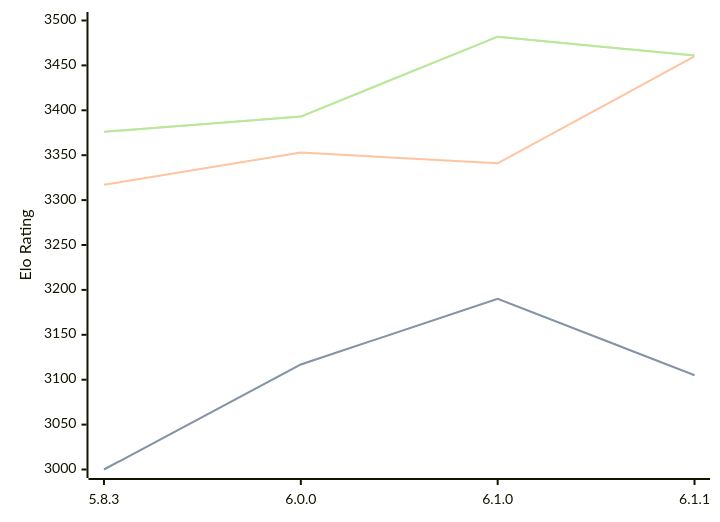
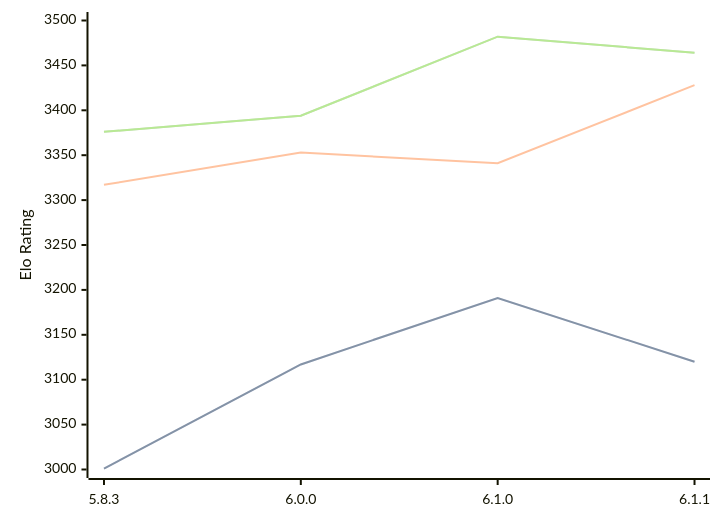
The diagram in engines/Zigqueen.md (computer-chess-index/cci), drawn with Mermaid before and after one commit. The commit also changed other lines of this file, not shown here.

Commit message:
Update CCI Ratings (ELO VLTC) - 2026-09-06

````diff
--- a/engines/Zigqueen.md
+++ b/engines/Zigqueen.md
@@ -37,11 +37,11 @@
 ```mermaid
 %%{init: {"theme":"base","themeVariables":{"seriesColors:['#a3a3a3','#222221','#faa371']}}}%%
 xychart-beta
   x-axis ["5.8.3", "6.0.0", "6.1.0", "6.1.1"]
   y-axis "Elo Rating" 3000 --> 3500
-  line "" [3000, 3117, 3190, 3105]
-  line "STC (8.0+0.08s)" [3000, 3117, 3190, 3105]
-  line "LTC (60.0+0.60s)" [3317, 3353, 3341, 3460]
-  line "" [3376, 3393, 3482, 3461]
-  line "VLTC (2m24s+1.12s)" [3376, 3393, 3482, 3461]
+  line "" [3001, 3117, 3191, 3120]
+  line "STC (8.0+0.08s)" [3001, 3117, 3191, 3120]
+  line "LTC (60.0+0.60s)" [3317, 3353, 3341, 3428]
+  line "" [3376, 3394, 3482, 3464]
+  line "VLTC (2m24s+1.12s)" [3376, 3394, 3482, 3464]
 ```
````
